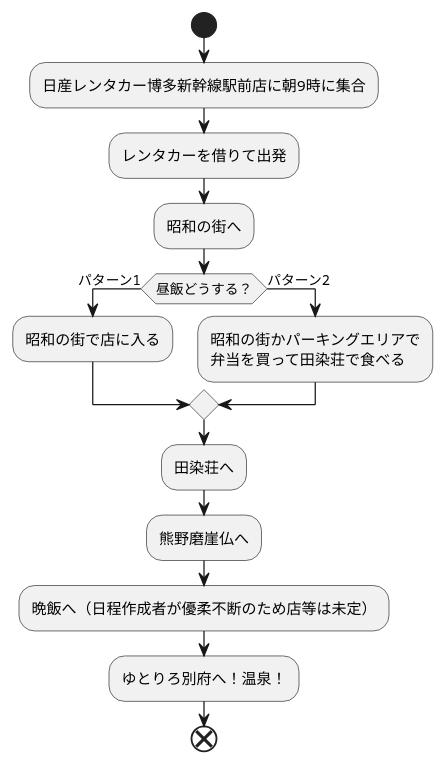
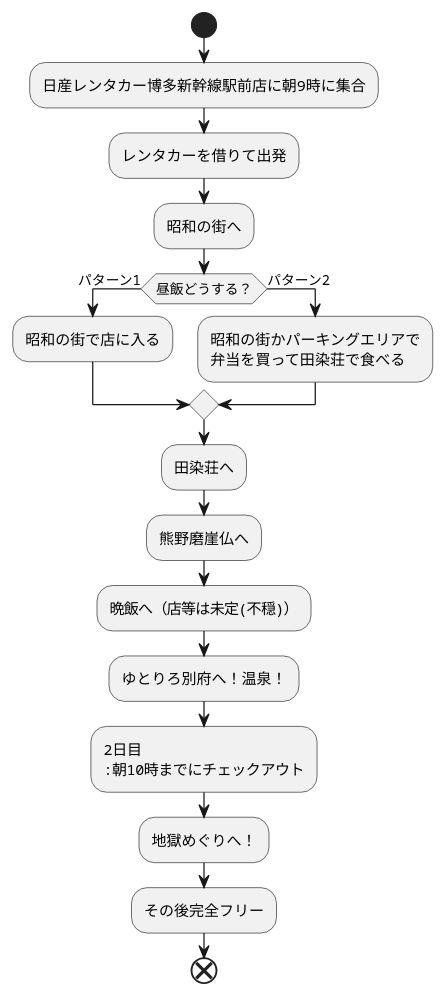
One commit to Aso2001369/2021sys-design changed the diagram in trip.md. Above: the diagram before and after it, drawn with PlantUML.

````diff
--- a/trip.md
+++ b/trip.md
@@ -1,20 +1,24 @@
 ```uml
 @startuml
 start
 
 :日産レンタカー博多新幹線駅前店に朝9時に集合;
 :レンタカーを借りて出発;
 :昭和の街へ;
 if(昼飯どうする？)then(パターン1)
 :昭和の街で店に入る;
 else(パターン2)
 :昭和の街かパーキングエリアで
 弁当を買って田染荘で食べる;
 endif
 :田染荘へ;
 :熊野磨崖仏へ;
-:晩飯へ（日程作成者が優柔不断のため店等は未定）;
+:晩飯へ（店等は未定(不穏)）;
 :ゆとりろ別府へ！温泉！;
+:2日目
+:朝10時までにチェックアウト;
+:地獄めぐりへ！;
+:その後完全フリー;
 end
 @enduml
 ```
````
